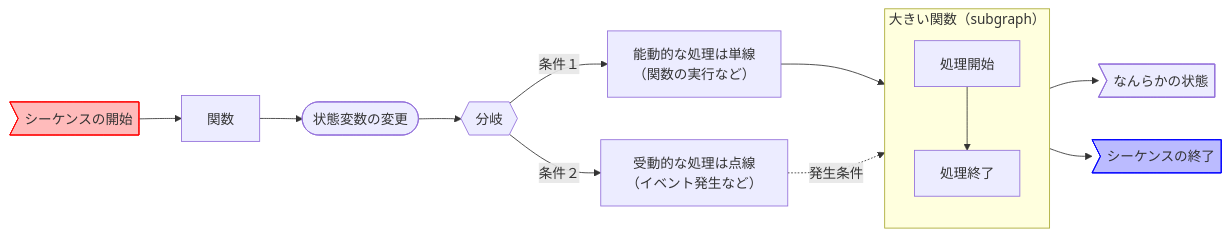
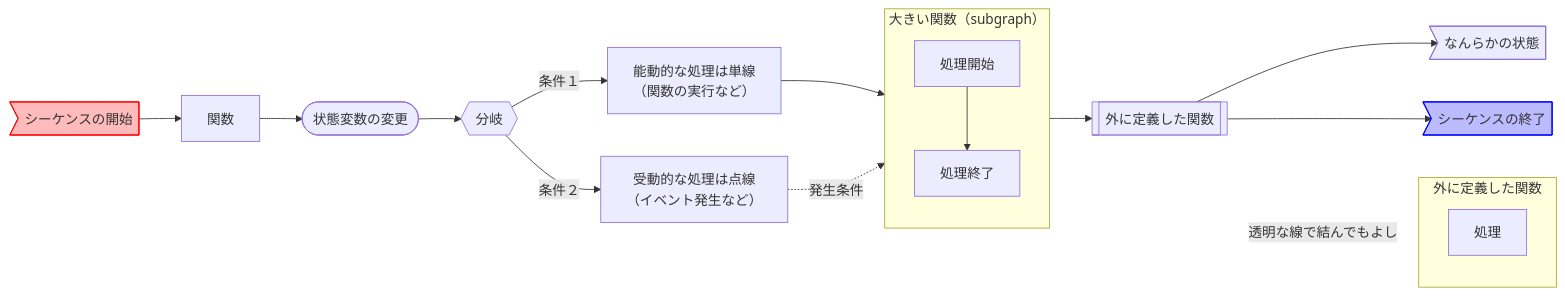
One commit to VOICEVOX/voicevox changed the second of 2 diagrams in docs/コードの歩き方.md. Above: the diagram before and after it, drawn with Mermaid.

Commit message:
説明追加

````diff
--- a/docs/コードの歩き方.md
+++ b/docs/コードの歩き方.md
@@ -104,17 +104,22 @@
 ```mermaid
 flowchart LR
   817736>"シーケンスの開始"] --> 584587["関数"]
   style 817736 fill:#ffbbbb,stroke:#ff0000
   584587 --> 965553(["状態変数の変更"])
   965553 --> 945949{{"分岐"}}
   945949 -->|"条件１"| 366994["能動的な処理は単線\n（関数の実行など）"]
   945949 -->|"条件２"| 871294["受動的な処理は点線\n（イベント発生など）"]
   366994 --> 617606["大きい関数（subgraph）"]
   871294 -.->|"発生条件"| 617606
-  617606 --> 314405>"なんらかの状態"]
-  617606 --> 230853>"シーケンスの終了"]
+  572391[["外に定義した関数"]] --> 314405>"なんらかの状態"]
+  572391 --> 230853>"シーケンスの終了"]
   style 230853 fill:#bbbbff,stroke:#0000ff
+  617606 --> 572391
+  572391 ~~~|"透明な線で結んでもよし"| 513532["外に定義した関数"]
   subgraph 617606["大きい関数（subgraph）"]
     776462["処理開始"] --> 992786["処理終了"]
   end
+  subgraph 513532["外に定義した関数"]
+    327013["処理"]
+  end
 ```
````
